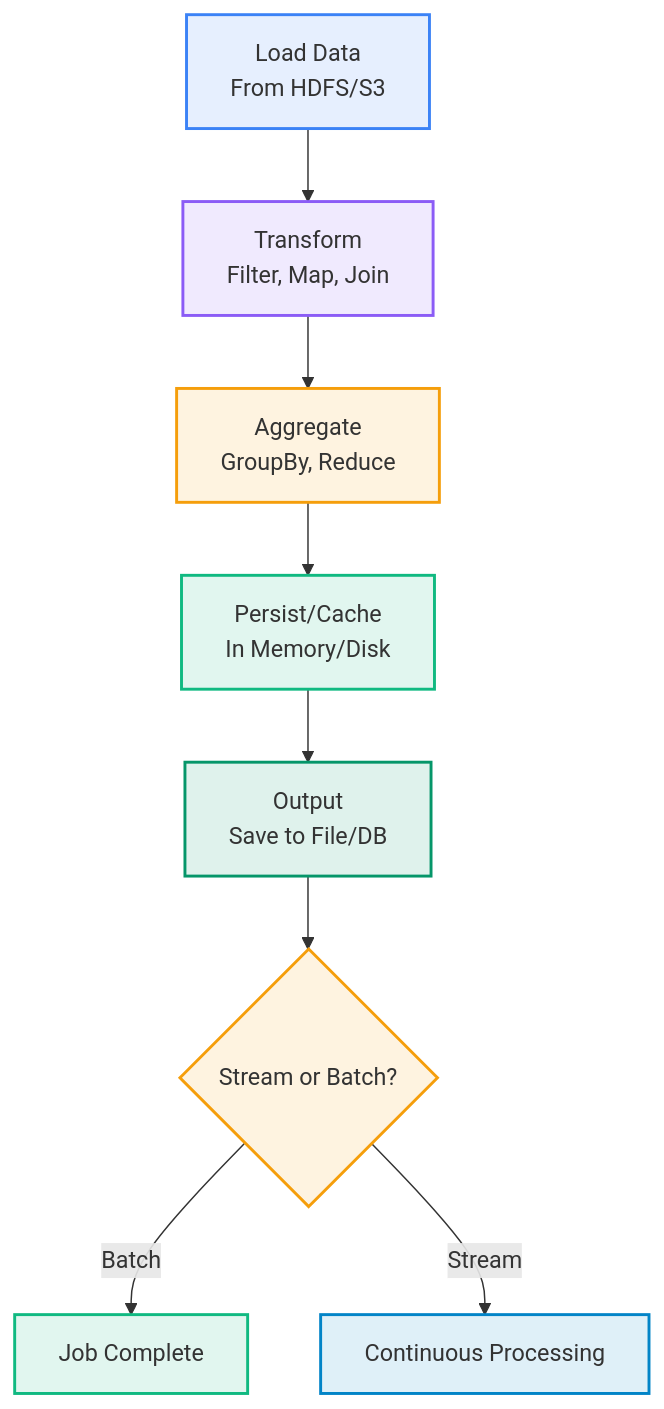
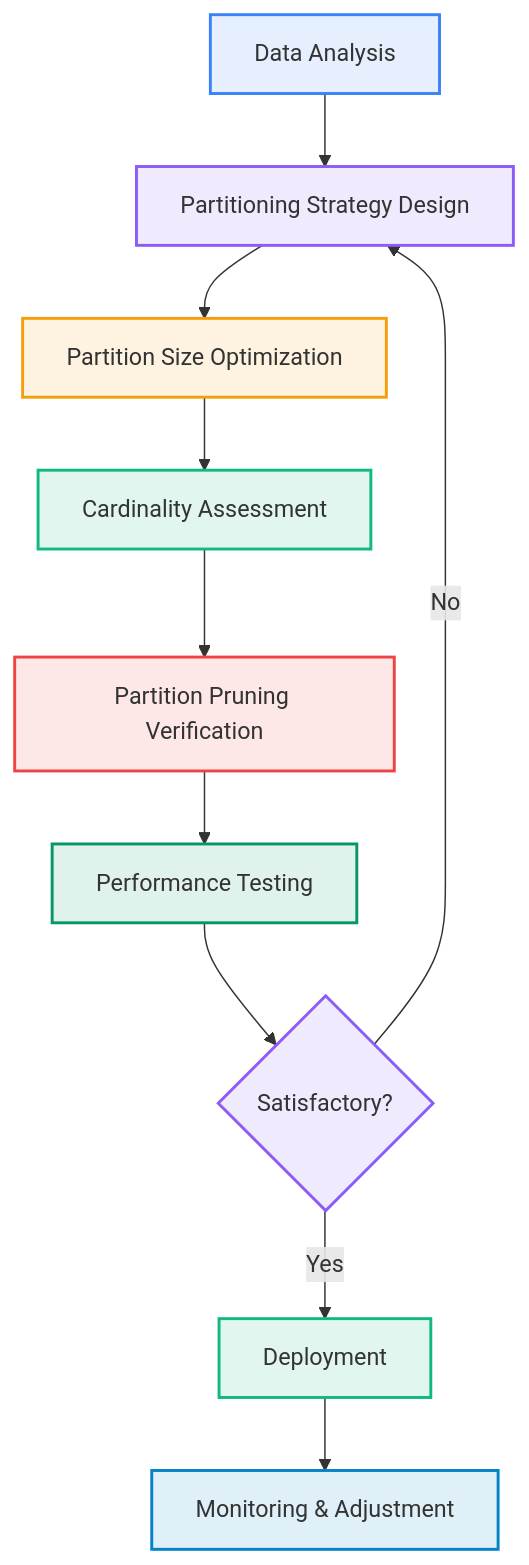
The eighth of 19 diagrams in 302.1-data-computation/summaries/spark.md (MadeInShineA/hei-course-summaries), drawn with Mermaid before and after one commit. The commit also changed other lines of this file and 4 other files, not shown here.

````diff
--- a/302.1-data-computation/summaries/spark.md
+++ b/302.1-data-computation/summaries/spark.md
@@ -174,19 +396,22 @@
 ```mermaid
 flowchart TD
-    A[Load Data<br/>From HDFS/S3] --> B[Transform<br/>Filter, Map, Join]
-    B --> C[Aggregate<br/>GroupBy, Reduce]
-    C --> D[Persist/Cache<br/>In Memory/Disk]
-    D --> E[Output<br/>Save to File/DB]
-    E --> F{Stream or Batch?}
-    F -->|Batch| G[Job Complete]
-    F -->|Stream| H[Continuous Processing]
+    A[Data Analysis] --> B[Partitioning Strategy Design]
+    B --> C[Partition Size Optimization]
+    C --> D[Cardinality Assessment]
+    D --> E[Partition Pruning Verification]
+    E --> F[Performance Testing]
+    F --> G{Satisfactory?}
+    G -->|No| B
+    G -->|Yes| H[Deployment]
+    H --> I[Monitoring & Adjustment]
     
     style A fill:#3b82f620,stroke:#3b82f6,stroke-width:2px
     style B fill:#8b5cf620,stroke:#8b5cf6,stroke-width:2px
     style C fill:#f59e0b20,stroke:#f59e0b,stroke-width:2px
     style D fill:#10b98120,stroke:#10b981,stroke-width:2px
-    style E fill:#05966920,stroke:#059669,stroke-width:2px
-    style F fill:#f59e0b20,stroke:#f59e0b,stroke-width:2px
-    style G fill:#10b98120,stroke:#10b981,stroke-width:2px
-    style H fill:#0284c720,stroke:#0284c7,stroke-width:2px
+    style E fill:#ef444420,stroke:#ef4444,stroke-width:2px
+    style F fill:#05966920,stroke:#059669,stroke-width:2px
+    style G fill:#8b5cf620,stroke:#8b5cf6,stroke-width:2px
+    style H fill:#10b98120,stroke:#10b981,stroke-width:2px
+    style I fill:#0284c720,stroke:#0284c7,stroke-width:2px
 ```
````
